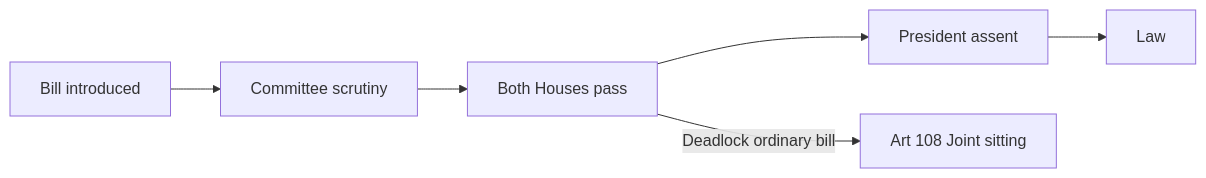
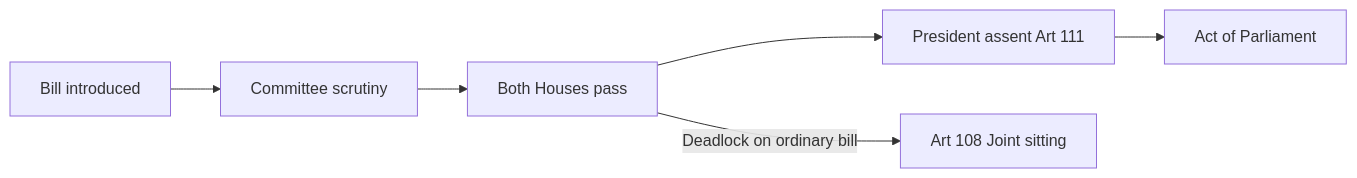
The diagram in mains-pyqs/GS-2/Polity_Constitution/06_Parliament_State_Legislatures.md (nitishpratap/UP-PCS), drawn with Mermaid before and after one commit. The commit also changed other lines of this file and 97 other files, not shown here.

````diff
--- a/mains-pyqs/GS-2/Polity_Constitution/06_Parliament_State_Legislatures.md
+++ b/mains-pyqs/GS-2/Polity_Constitution/06_Parliament_State_Legislatures.md
@@ -122,8 +125,8 @@
 ```mermaid
 flowchart LR
   B[Bill introduced] --> C[Committee scrutiny]
   C --> H[Both Houses pass]
-  H --> P[President assent]
-  P --> L[Law]
-  H -->|Deadlock ordinary bill| J[Art 108 Joint sitting]
+  H --> P[President assent Art 111]
+  P --> L[Act of Parliament]
+  H -->|Deadlock on ordinary bill| J[Art 108 Joint sitting]
 ```
````
